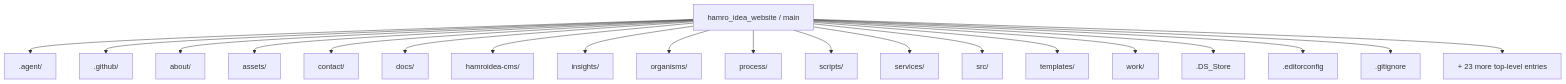
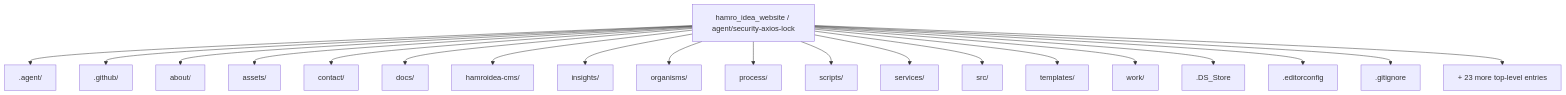
One commit to Nischhalsubba/hamro_idea_website changed the first of 5 diagrams in README.md. Above: the diagram before and after it, drawn with Mermaid. The commit also changed other lines of this file, not shown here.

````diff
--- a/README.md
+++ b/README.md
@@ -56,23 +56,23 @@
 ```mermaid
 flowchart TD
-    ROOT["hamro_idea_website / main"]
+    ROOT["hamro_idea_website / agent/security-axios-lock"]
     ROOT --> P0[".agent/"]
     ROOT --> P1[".github/"]
     ROOT --> P2["about/"]
     ROOT --> P3["assets/"]
     ROOT --> P4["contact/"]
     ROOT --> P5["docs/"]
     ROOT --> P6["hamroidea-cms/"]
     ROOT --> P7["insights/"]
     ROOT --> P8["organisms/"]
     ROOT --> P9["process/"]
     ROOT --> P10["scripts/"]
     ROOT --> P11["services/"]
     ROOT --> P12["src/"]
     ROOT --> P13["templates/"]
     ROOT --> P14["work/"]
     ROOT --> P15[".DS_Store"]
     ROOT --> P16[".editorconfig"]
     ROOT --> P17[".gitignore"]
     ROOT --> MORE["+ 23 more top-level entries"]
 ```
````
